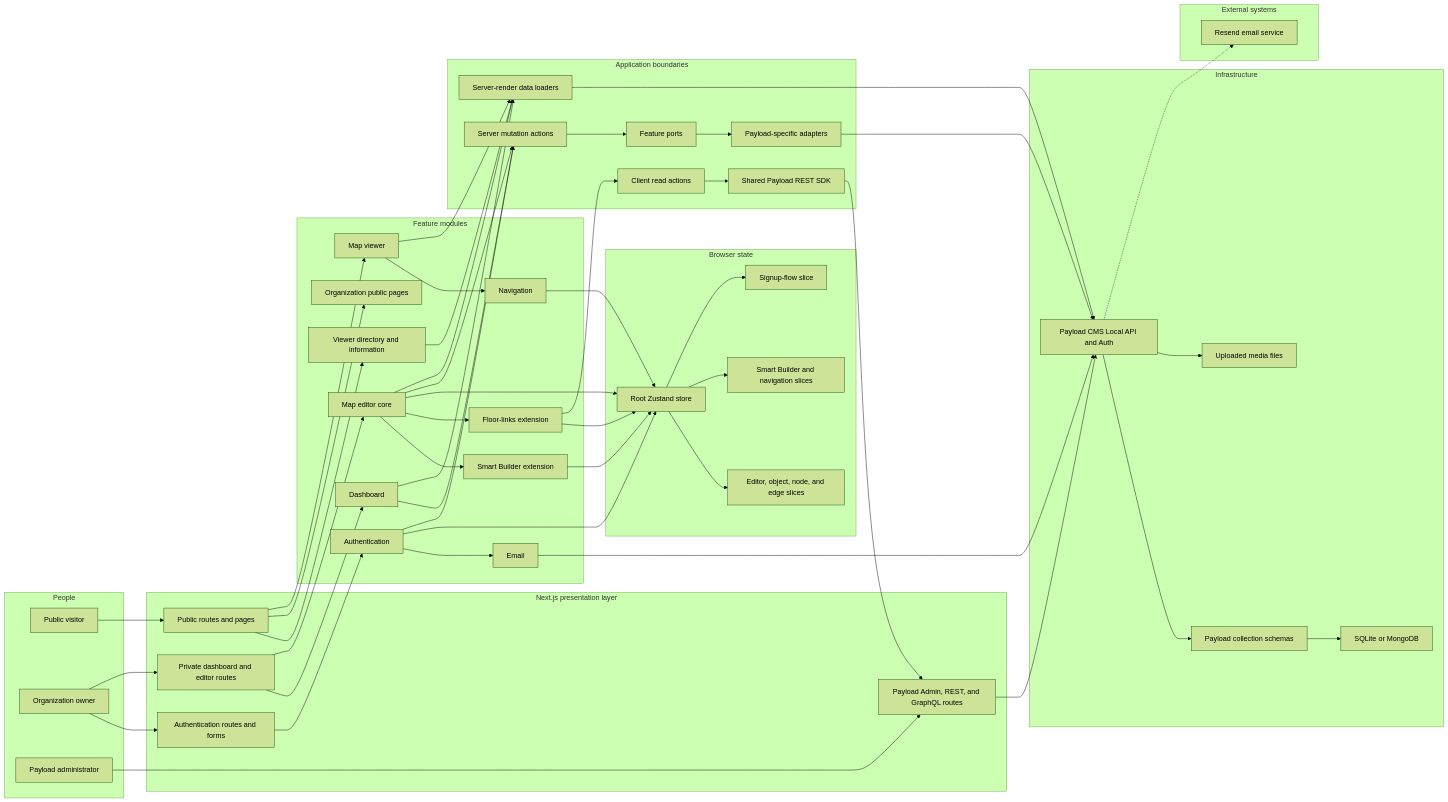
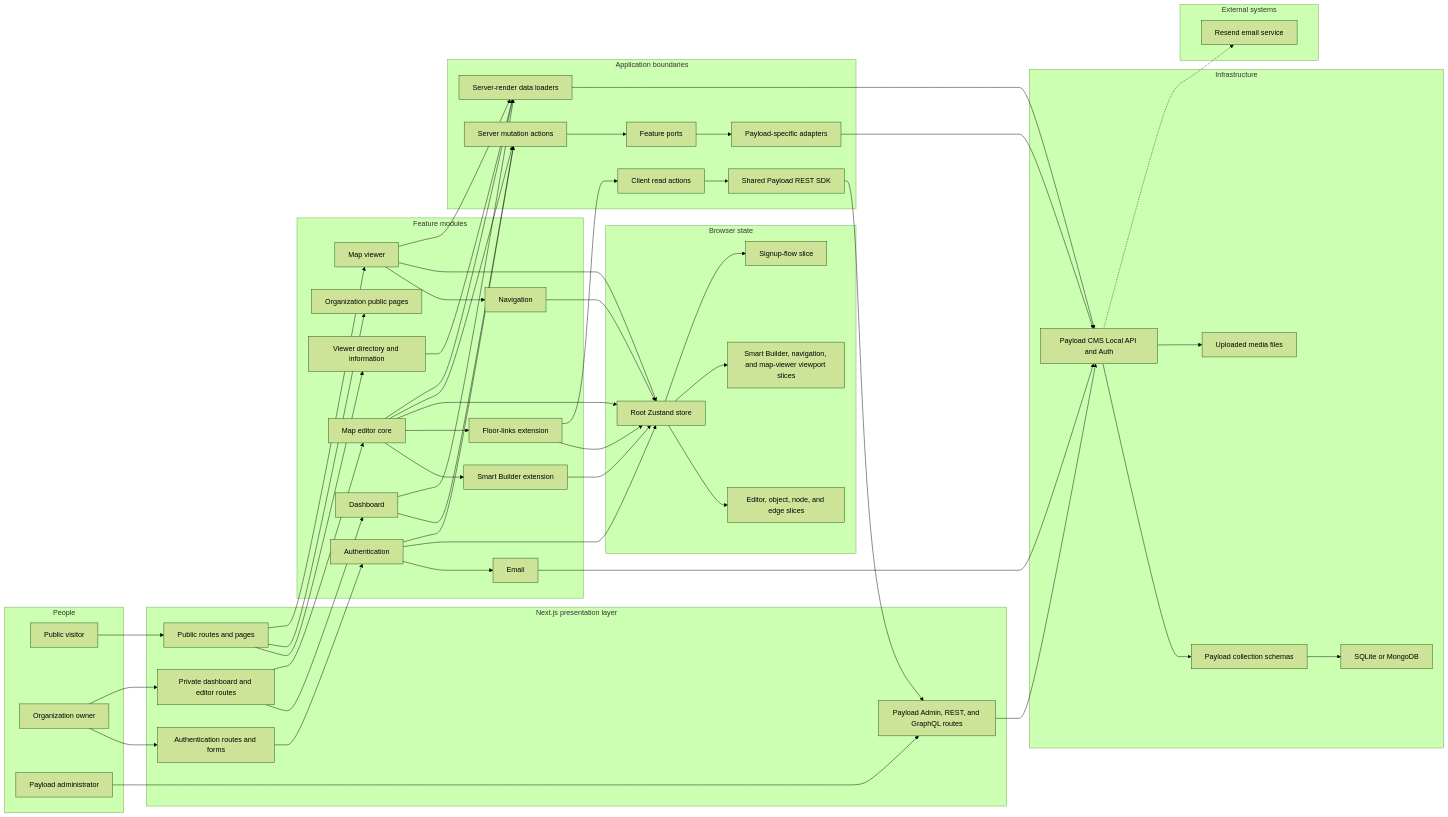
One commit to MubassirSapa/WayFinder changed the first of 6 diagrams in docs/technical/APPLICATION_ARCHITECTURE.md. Above: the diagram before and after it, drawn with Mermaid (forest theme). The commit also changed 16 other files, not shown here.

First line of the commit message:
perf(map-viewer): stop pan/zoom from re-rendering the whole page

```diff
--- a/docs/technical/APPLICATION_ARCHITECTURE.md
+++ b/docs/technical/APPLICATION_ARCHITECTURE.md
@@ -60,7 +60,7 @@
     subgraph browserState ["Browser state"]
         appStore["Root Zustand store"]
         editorSlices["Editor, object, node, and edge slices"]
-        extensionSlices["Smart Builder and navigation slices"]
+        extensionSlices["Smart Builder, navigation, and map-viewer viewport slices"]
         signupSlice["Signup-flow slice"]
     end
 
@@ -105,6 +105,7 @@
     smartBuilder --> appStore
     floorLinks --> appStore
     navigationFeature --> appStore
+    mapViewerFeature --> appStore
     appStore --> editorSlices
     appStore --> extensionSlices
     appStore --> signupSlice
```
